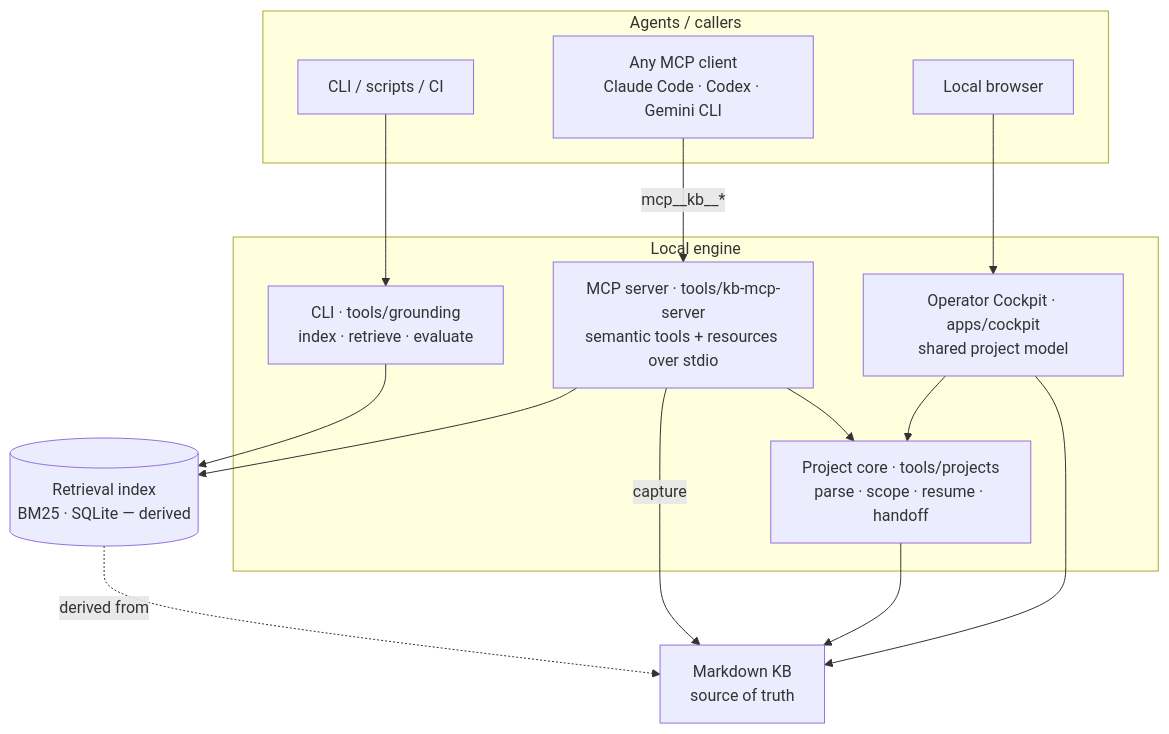
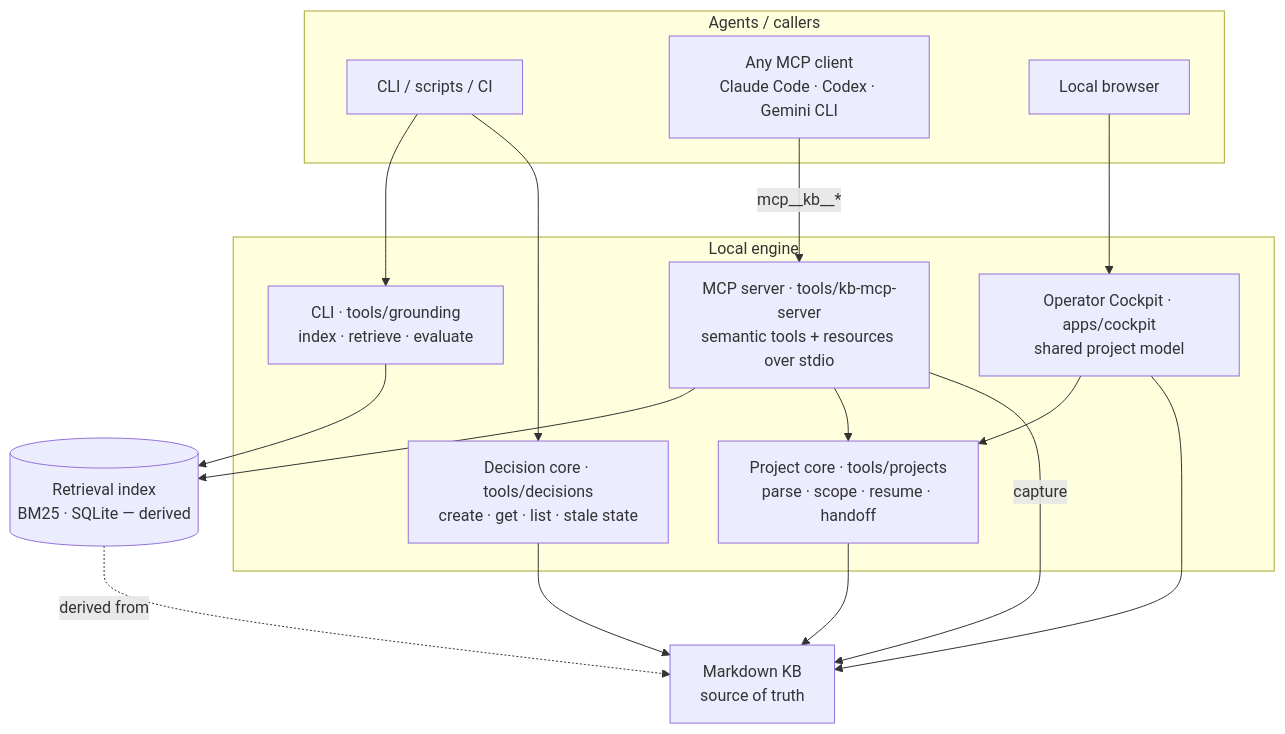
The second of 2 diagrams in docs/architecture.md (dimosgit/grounded-knowledge-engine), drawn with Mermaid before and after one commit. The commit also changed other lines of this file and 57 other files, not shown here.

````diff
--- a/docs/architecture.md
+++ b/docs/architecture.md
@@ -41,30 +42,33 @@
 ```mermaid
 flowchart TB
     subgraph clients[Agents / callers]
       CLI_USER[CLI / scripts / CI]
       AGENT[Any MCP client<br/>Claude Code · Codex · Gemini CLI]
       USER[Local browser]
     end
 
     subgraph engine[Local engine]
       CLI[CLI · tools/grounding<br/>index · retrieve · evaluate]
       PROJECTS[Project core · tools/projects<br/>parse · scope · resume · handoff]
+      DECISIONS[Decision core · tools/decisions<br/>create · get · list · stale state]
       MCP[MCP server · tools/kb-mcp-server<br/>semantic tools + resources over stdio]
       COCKPIT[Operator Cockpit · apps/cockpit<br/>shared project model]
     end
 
     IDX[(Retrieval index<br/>BM25 · SQLite — derived)]
     KB[Markdown KB<br/>source of truth]
 
     CLI_USER --> CLI
+    CLI_USER --> DECISIONS
     AGENT -->|mcp__kb__*| MCP
     USER --> COCKPIT
     CLI --> IDX
     MCP --> IDX
     MCP --> PROJECTS
     COCKPIT --> PROJECTS
     IDX -.derived from.-> KB
     MCP -->|capture| KB
     PROJECTS --> KB
+    DECISIONS --> KB
     COCKPIT --> KB
 ```
````
